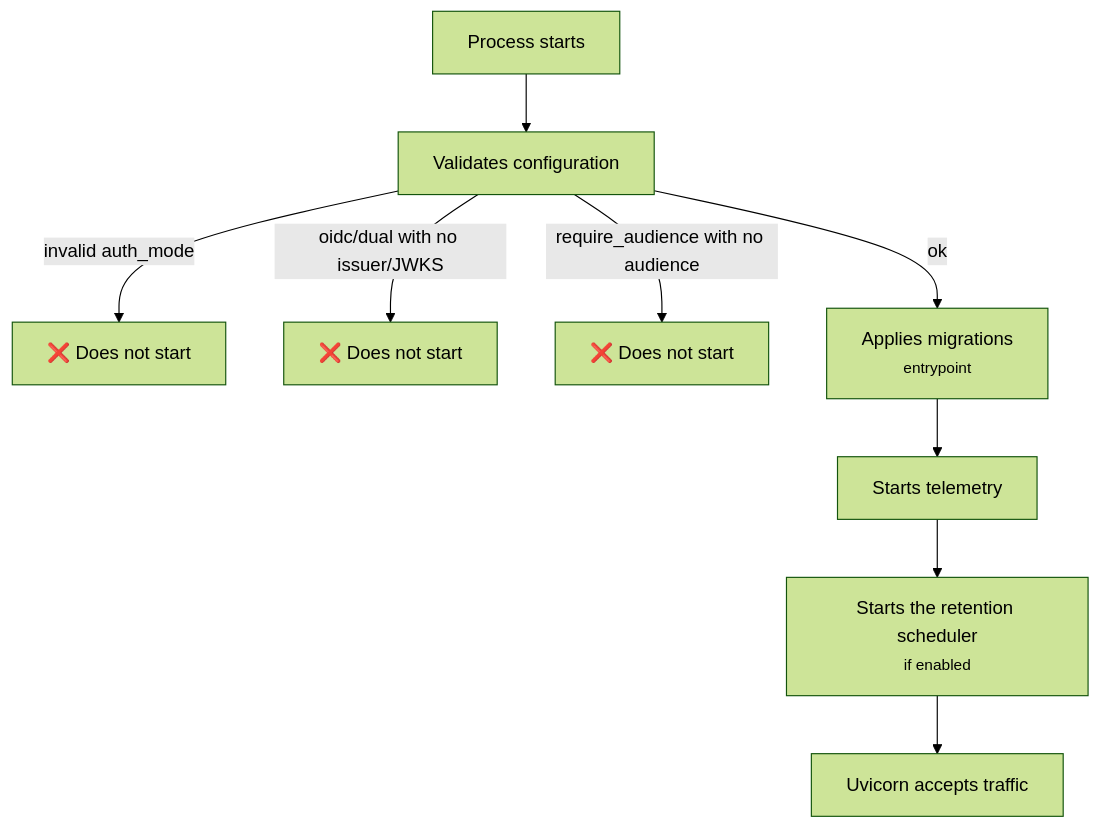
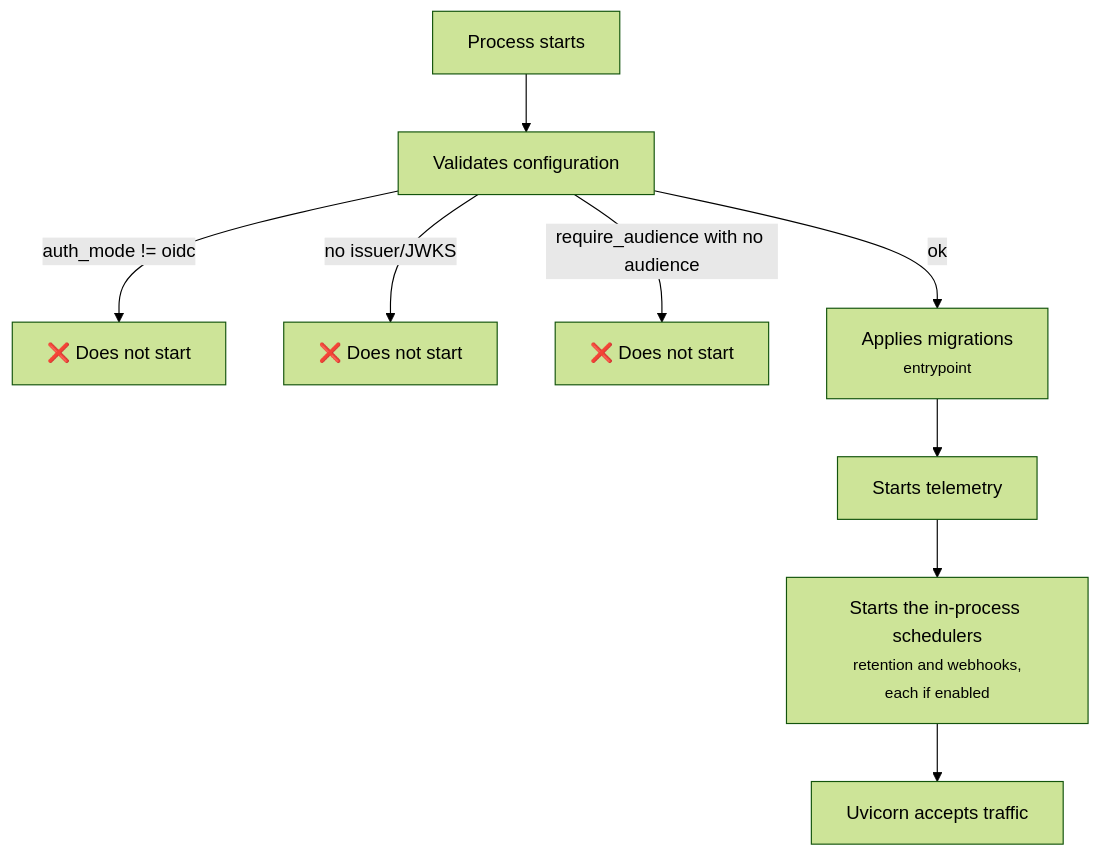
One commit to MatheusLPolidoro/docs-casehub changed the diagram in docs/operacao/deploy.en.md. Above: the diagram before and after it, drawn with Mermaid (forest theme). The commit also changed other lines of this file and 30 other files, not shown here.

````diff
--- a/docs/operacao/deploy.en.md
+++ b/docs/operacao/deploy.en.md
@@ -5,11 +5,11 @@
 ```mermaid
 flowchart TD
     S["Process starts"] --> V["Validates configuration"]
-    V -->|"invalid auth_mode"| F1["❌ Does not start"]
-    V -->|"oidc/dual with no issuer/JWKS"| F2["❌ Does not start"]
+    V -->|"auth_mode != oidc"| F1["❌ Does not start"]
+    V -->|"no issuer/JWKS"| F2["❌ Does not start"]
     V -->|"require_audience with no audience"| F3["❌ Does not start"]
     V -->|ok| M["Applies migrations<br/><small>entrypoint</small>"]
     M --> T["Starts telemetry"]
-    T --> R["Starts the retention scheduler<br/><small>if enabled</small>"]
+    T --> R["Starts the in-process schedulers<br/><small>retention and webhooks,<br/>each if enabled</small>"]
     R --> U["Uvicorn accepts traffic"]
 ```
````
